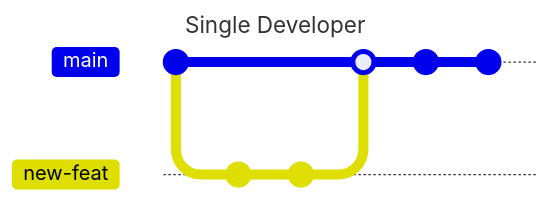
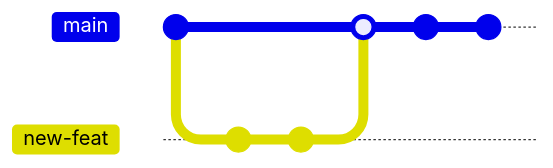
The first of 2 diagrams in slides.md (lizsalmon/iCSC-Git-talk), drawn with Mermaid before and after one commit. The commit also changed other lines of this file, not shown here. Commit ids are hidden.

````diff
--- a/slides.md
+++ b/slides.md
@@ -33,15 +25,12 @@
 ```mermaid
----
-title: Single Developer
----
 gitGraph
    commit
    branch new-feat
    checkout new-feat
    commit
    commit
    checkout main
    merge new-feat
    commit
    commit
 ```
````
